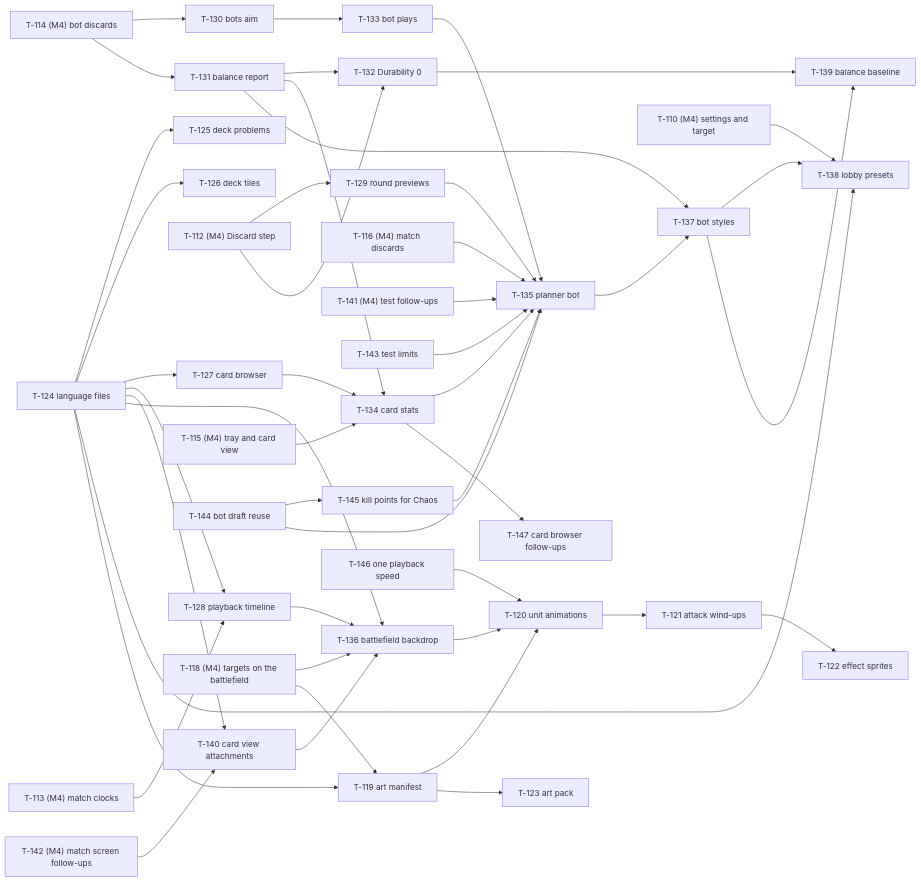
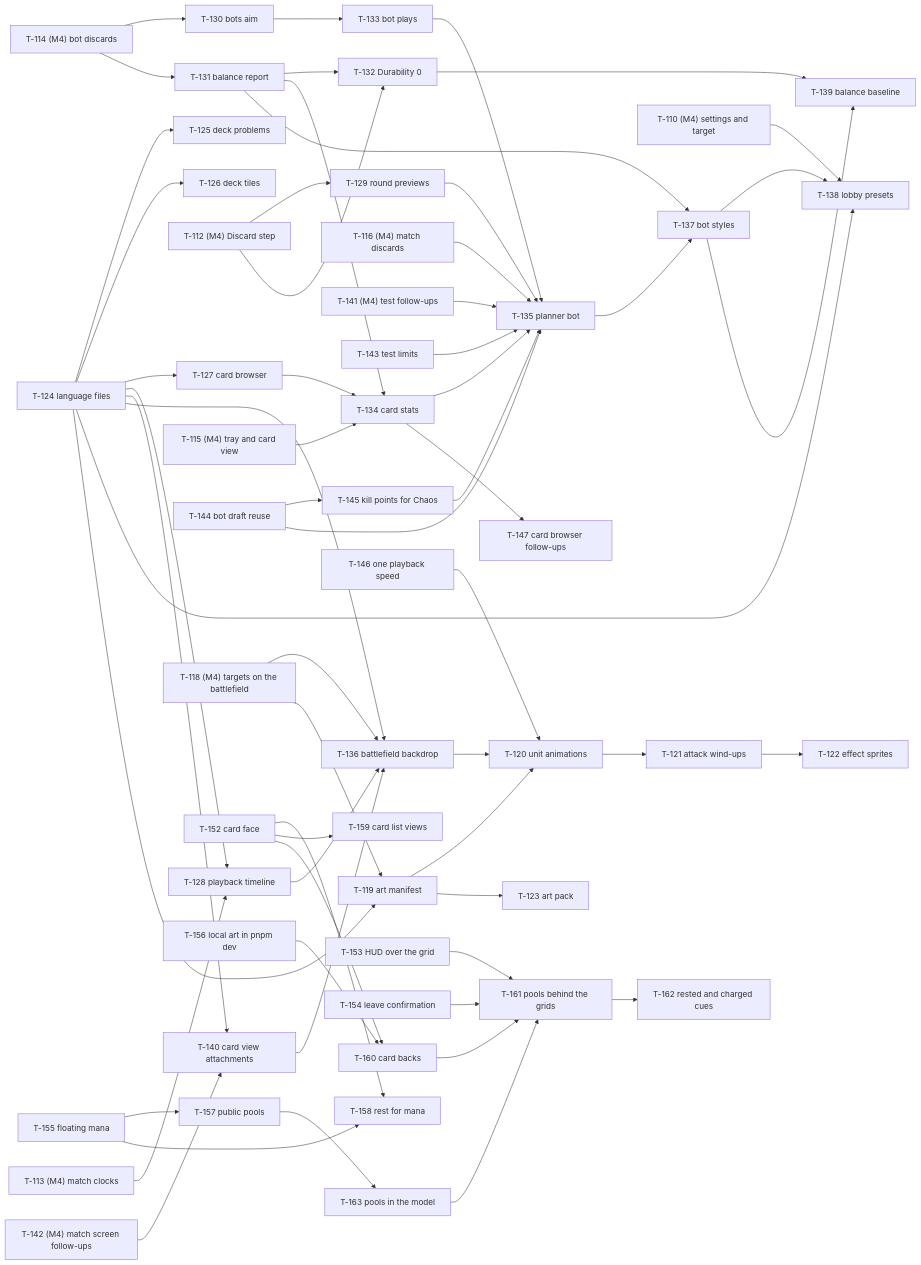
One commit to fringlesinthestreet/chaosgrid-docs changed the sixth of 6 diagrams in docs/tasks/README.md. Above: the diagram before and after it, drawn with Mermaid. The commit also changed other lines of this file and 14 other files, not shown here.

````diff
--- a/docs/tasks/README.md
+++ b/docs/tasks/README.md
@@ -462,48 +463,60 @@
 ```mermaid
 graph LR
   T124["T-124 language files"] --> T125["T-125 deck problems"]
   T124 --> T126["T-126 deck tiles"]
   T124 --> T127["T-127 card browser"]
   T113["T-113 (M4) match clocks"] --> T128["T-128 playback timeline"]
   T124 --> T128
   T112["T-112 (M4) Discard step"] --> T129["T-129 round previews"]
   T114["T-114 (M4) bot discards"] --> T130["T-130 bots aim"]
   T114 --> T131["T-131 balance report"]
   T112 --> T132["T-132 Durability 0"]
   T131 --> T132
   T130 --> T133["T-133 bot plays"]
   T115["T-115 (M4) tray and card view"] --> T134["T-134 card stats"]
   T127 --> T134
   T131 --> T134
   T116["T-116 (M4) match discards"] --> T135["T-135 planner bot"]
   T129 --> T135
   T133 --> T135
   T134 --> T135
   T141["T-141 (M4) test follow-ups"] --> T135
   T143["T-143 test limits"] --> T135
   T144["T-144 bot draft reuse"] --> T145["T-145 kill points for Chaos"]
   T144 --> T135
   T145 --> T135
   T134 --> T147["T-147 card browser follow-ups"]
   T124 --> T140["T-140 card view attachments"]
   T142["T-142 (M4) match screen follow-ups"] --> T140
   T118["T-118 (M4) targets on the battlefield"] --> T136["T-136 battlefield backdrop"]
   T124 --> T136
   T128 --> T136
   T140 --> T136
   T131 --> T137["T-137 bot styles"]
   T135 --> T137
   T110["T-110 (M4) settings and target"] --> T138["T-138 lobby presets"]
   T124 --> T138
   T137 --> T138
   T137 --> T139["T-139 balance baseline"]
   T132 --> T139
   T118 --> T119["T-119 art manifest"]
   T124 --> T119
   T119 --> T120["T-120 unit animations"]
   T136 --> T120
   T146["T-146 one playback speed"] --> T120
   T120 --> T121["T-121 attack wind-ups"]
   T121 --> T122["T-122 effect sprites"]
   T119 --> T123["T-123 art pack"]
+  T152["T-152 card face"] --> T158["T-158 rest for mana"]
+  T155["T-155 floating mana"] --> T157["T-157 public pools"]
+  T155 --> T158
+  T152 --> T159["T-159 card list views"]
+  T152 --> T160["T-160 card backs"]
+  T156["T-156 local art in pnpm dev"] --> T160
+  T157 --> T163["T-163 pools in the model"]
+  T153["T-153 HUD over the grid"] --> T161["T-161 pools behind the grids"]
+  T154["T-154 leave confirmation"] --> T161
+  T160 --> T161
+  T163 --> T161
+  T161 --> T162["T-162 rested and charged cues"]
 ```
````
